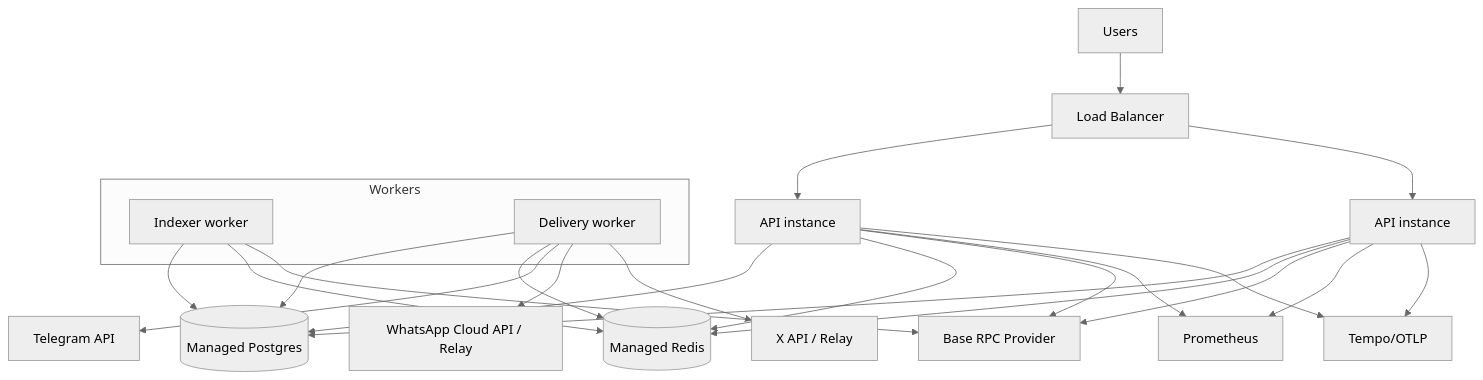
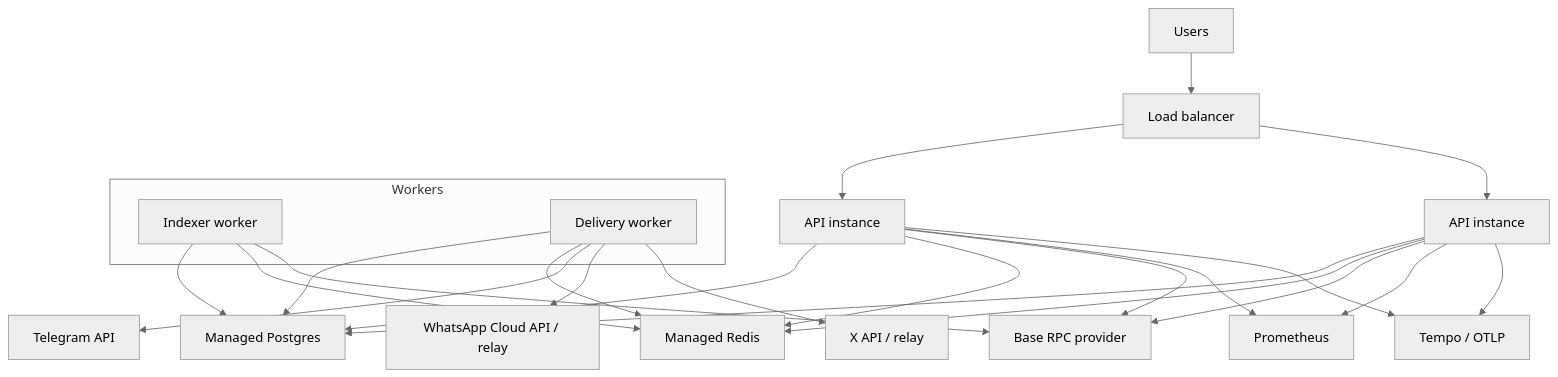
The third of 14 diagrams in README.md (gary322/Multi-Messaging-Paid), drawn with Mermaid (neutral theme) before and after one commit. The commit also changed other lines of this file, not shown here.

Commit message:
Docs: make all Mermaid diagrams GitHub-compatible

````diff
--- a/README.md
+++ b/README.md
@@ -192,33 +195,33 @@
 ```mermaid
 flowchart TB
-  U[Users] --> LB[Load Balancer]
-  LB --> API1[API instance]
-  LB --> API2[API instance]
+  U["Users"] --> LB["Load balancer"]
+  LB --> API1["API instance"]
+  LB --> API2["API instance"]
 
-  subgraph Workers
-    IDX[Indexer worker]
-    DLW[Delivery worker]
+  subgraph Workers["Workers"]
+    IDX["Indexer worker"]
+    DLW["Delivery worker"]
   end
 
-  API1 --> PG[(Managed Postgres)]
+  API1 --> PG["Managed Postgres"]
   API2 --> PG
-  API1 --> R[(Managed Redis)]
+  API1 --> R["Managed Redis"]
   API2 --> R
   IDX --> PG
   DLW --> PG
   IDX --> R
   DLW --> R
 
-  API1 --> RPC[Base RPC Provider]
+  API1 --> RPC["Base RPC provider"]
   API2 --> RPC
   IDX --> RPC
 
-  DLW --> TG[Telegram API]
-  DLW --> WA[WhatsApp Cloud API / Relay]
-  DLW --> X[X API / Relay]
+  DLW --> TG["Telegram API"]
+  DLW --> WA["WhatsApp Cloud API / relay"]
+  DLW --> XAPI["X API / relay"]
 
-  API1 --> PROM[Prometheus]
+  API1 --> PROM["Prometheus"]
   API2 --> PROM
-  API1 --> OTLP[Tempo/OTLP]
+  API1 --> OTLP["Tempo / OTLP"]
   API2 --> OTLP
 ```
````
